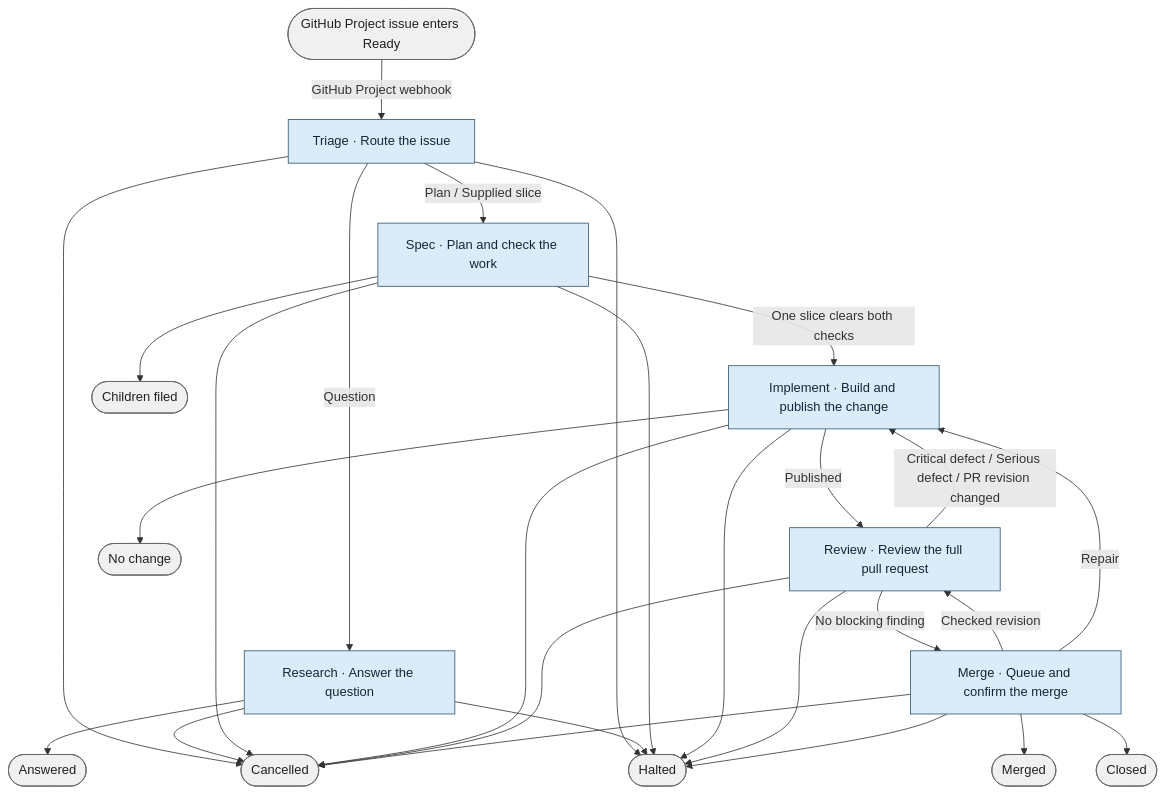
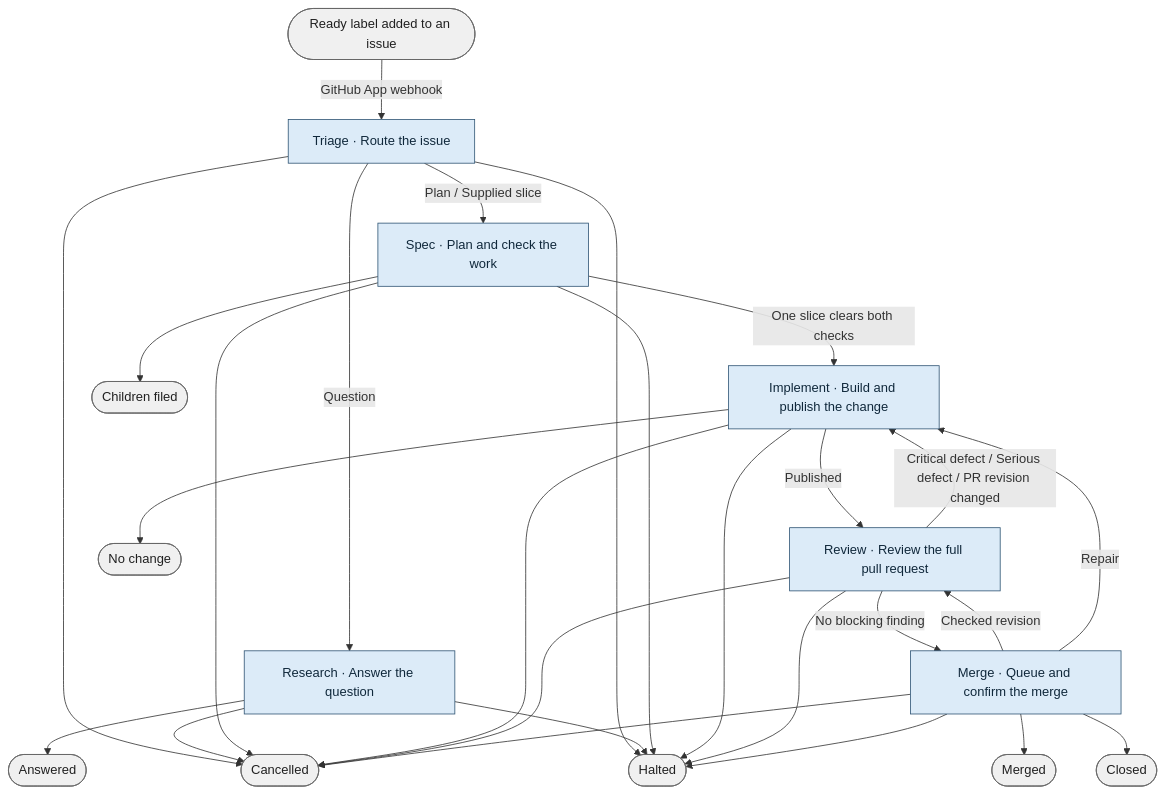
The diagram in docs/graph/blueprint/views/target.mmd (bookout-labs/tools), drawn with Mermaid before and after one commit. The commit also changed 30 other files, not shown here.

Commit message:
Start runs from the Ready label and add the D7 worker methods

```diff
--- a/docs/graph/blueprint/views/target.mmd
+++ b/docs/graph/blueprint/views/target.mmd
@@ -1,46 +1,46 @@
 flowchart TD
-    n0(["GitHub Project issue enters Ready"]):::terminal
+    n0(["Ready label added to an issue"]):::terminal
     n1["Triage · Route the issue"]:::stage
     n2["Research · Answer the question"]:::stage
     n3["Spec · Plan and check the work"]:::stage
     n4["Implement · Build and publish the change"]:::stage
     n5["Review · Review the full pull request"]:::stage
     n6["Merge · Queue and confirm the merge"]:::stage
     n7(["Cancelled"]):::terminal
     n8(["Halted"]):::terminal
     n9(["Answered"]):::terminal
     n10(["Children filed"]):::terminal
     n11(["No change"]):::terminal
     n12(["Merged"]):::terminal
     n13(["Closed"]):::terminal
-    n0 -->|"GitHub Project webhook"| n1
+    n0 -->|"GitHub App webhook"| n1
     n1 -->|"Question"| n2
     n1 -->|"Plan / Supplied slice"| n3
     n1 --> n7
     n1 --> n8
     n2 --> n9
     n2 --> n7
     n2 --> n8
     n3 -->|"One slice clears both checks"| n4
     n3 --> n10
     n3 --> n7
     n3 --> n8
     n4 -->|"Published"| n5
     n4 --> n11
     n4 --> n7
     n4 --> n8
     n5 -->|"Critical defect / Serious defect / PR revision changed"| n4
     n5 -->|"No blocking finding"| n6
     n5 --> n7
     n5 --> n8
     n6 --> n12
     n6 --> n13
     n6 -->|"Checked revision"| n5
     n6 -->|"Repair"| n4
     n6 --> n7
     n6 --> n8
     classDef stage fill:#dcebf8,stroke:#315675,color:#10283b
     classDef step fill:#edf3f8,stroke:#597187,color:#132638
     classDef worker fill:#d7f0e8,stroke:#357369,color:#133c36
     classDef gate fill:#fff0c9,stroke:#89641f,color:#3f2b0b
     classDef terminal fill:#f0f0f0,stroke:#666666,color:#202020
```
